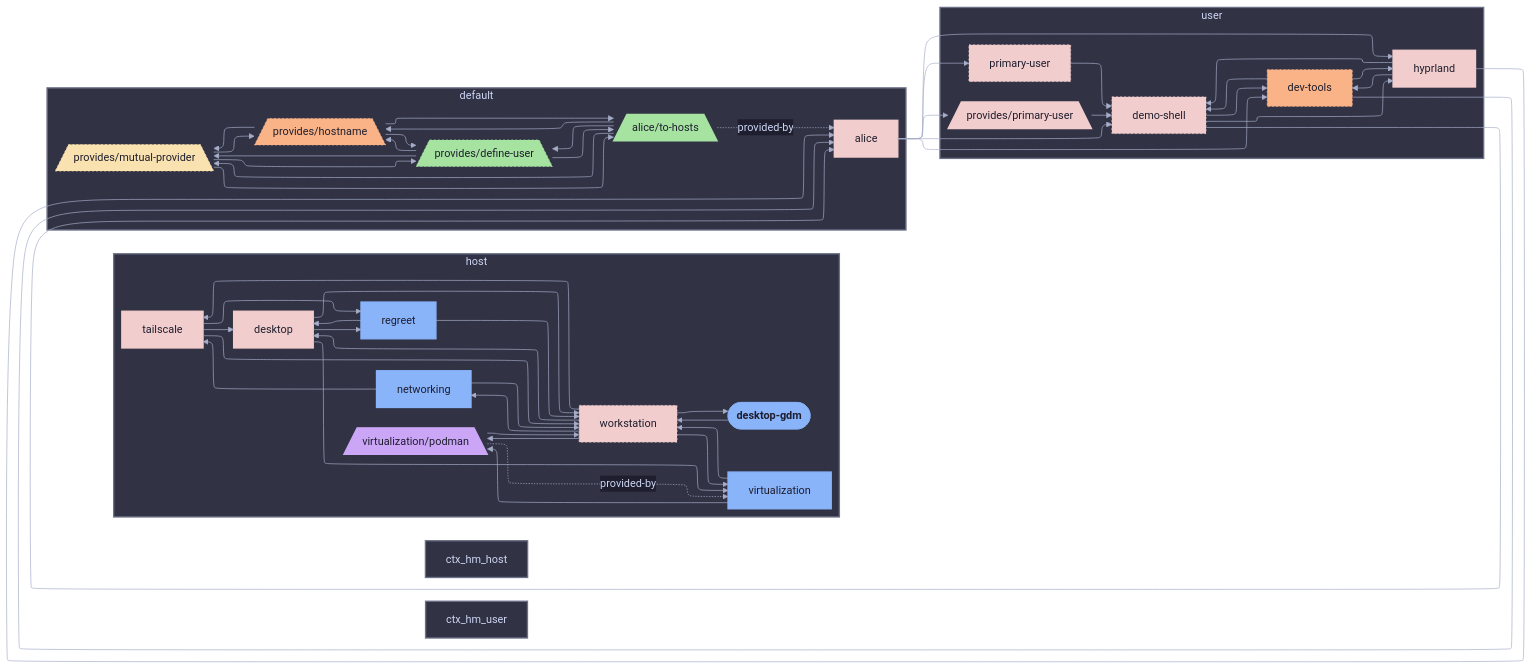
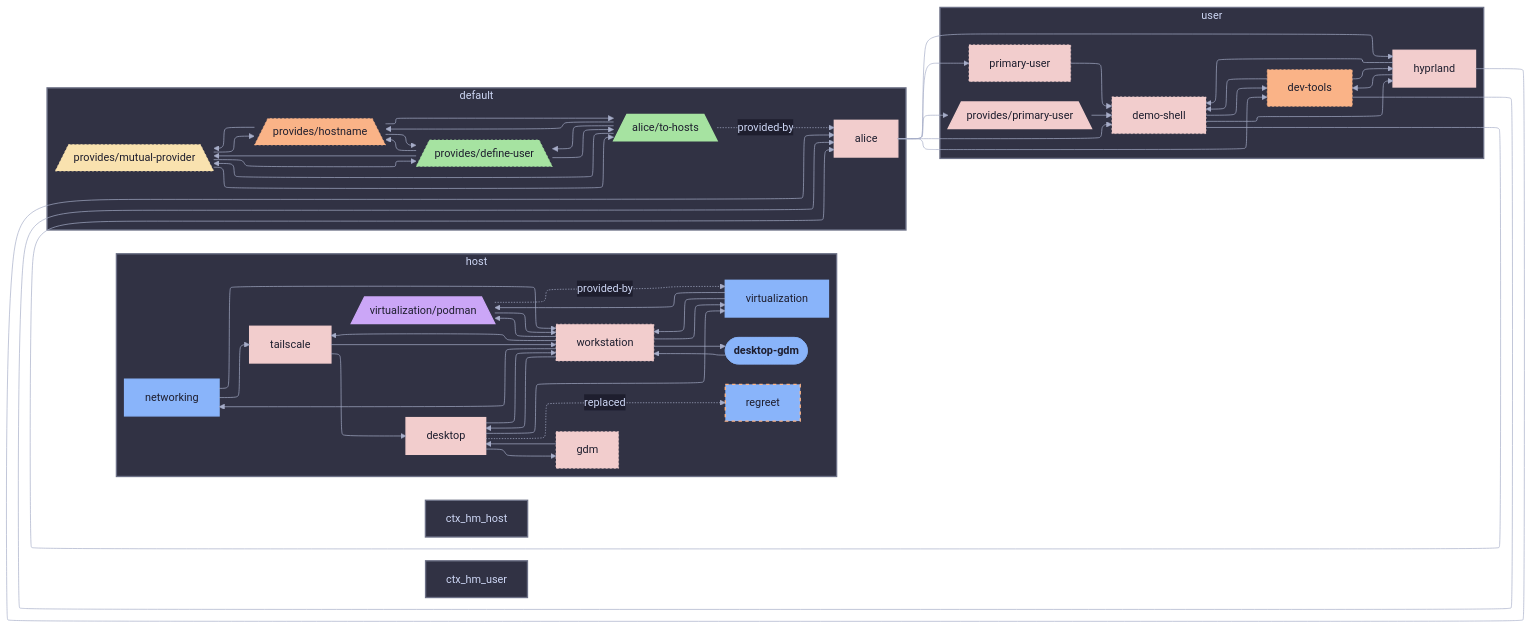
The diagram in templates/diag-fx-demo/diagrams/desktop-gdm-has-aspect-hm.md (sini/den), drawn with Mermaid before and after one commit. The commit also changed 526 other files, not shown here.

Commit message:
chore: update fx diagrams

```diff
--- a/templates/diag-fx-demo/diagrams/desktop-gdm-has-aspect-hm.md
+++ b/templates/diag-fx-demo/diagrams/desktop-gdm-has-aspect-hm.md
@@ -9,25 +9,25 @@
 
   subgraph ctx_host["host"]
   desktop["desktop"]:::desktop_c
+  gdm["gdm"]:::gdm_c
   networking["networking"]:::networking_c
   virtualization__podman[/"virtualization/podman"\]:::virtualization__podman_c
   regreet["regreet"]:::regreet_c
   tailscale["tailscale"]:::tailscale_c
   virtualization["virtualization"]:::virtualization_c
   workstation["workstation"]:::workstation_c
+  desktop --> gdm
   desktop --> workstation
-  desktop --> regreet
+  desktop -.->|replaced| regreet
   desktop --> virtualization
   desktop_gdm --> workstation
+  gdm --> desktop
   networking --> workstation
-  regreet --> workstation
   tailscale --> workstation
   virtualization --> workstation
   virtualization__podman --> workstation
   networking --> tailscale
-  regreet --> desktop
   tailscale --> desktop
-  tailscale --> regreet
   virtualization --> virtualization__podman
   workstation --> desktop
   workstation --> desktop_gdm
@@ -89,6 +89,7 @@
   classDef desktop_c fill:#f2cdcd,stroke:#f2cdcd,color:#1e1e2e,stroke-width:2px
   classDef desktop_gdm_c fill:#f2cdcd,stroke:#f2cdcd,color:#1e1e2e,stroke-width:3px
   classDef dev_tools_c fill:#fab387,stroke:#fab387,color:#1e1e2e,stroke-dasharray: 3 3,stroke-width:1px
+  classDef gdm_c fill:#f2cdcd,stroke:#f2cdcd,color:#1e1e2e,stroke-dasharray: 3 3,stroke-width:1px
   classDef den__provides__hostname_c fill:#fab387,stroke:#fab387,color:#1e1e2e,stroke-dasharray: 3 3,stroke-width:1px
   classDef hyprland_c fill:#f2cdcd,stroke:#f2cdcd,color:#1e1e2e,stroke-width:2px
   classDef den__provides__mutual_provider_c fill:#f9e2af,stroke:#f9e2af,color:#1e1e2e,stroke-dasharray: 3 3,stroke-width:1px
@@ -96,7 +97,7 @@
   classDef virtualization__podman_c fill:#cba6f7,stroke:#cba6f7,color:#1e1e2e,stroke-width:2px
   classDef primary_user_c fill:#f2cdcd,stroke:#f2cdcd,color:#1e1e2e,stroke-dasharray: 3 3,stroke-width:1px
   classDef den__provides__primary_user_c fill:#f2cdcd,stroke:#f2cdcd,color:#1e1e2e,stroke-width:2px
-  classDef regreet_c fill:#89b4fa,stroke:#89b4fa,color:#1e1e2e,stroke-width:2px
+  classDef regreet_c fill:#89b4fa,stroke:#fab387,color:#1e1e2e,stroke-dasharray: 5 5,stroke-width:2px
   classDef tailscale_c fill:#f2cdcd,stroke:#f2cdcd,color:#1e1e2e,stroke-width:2px
   classDef alice__to_hosts_c fill:#a6e3a1,stroke:#a6e3a1,color:#1e1e2e,stroke-width:2px
   classDef virtualization_c fill:#89b4fa,stroke:#89b4fa,color:#1e1e2e,stroke-width:2px
```
